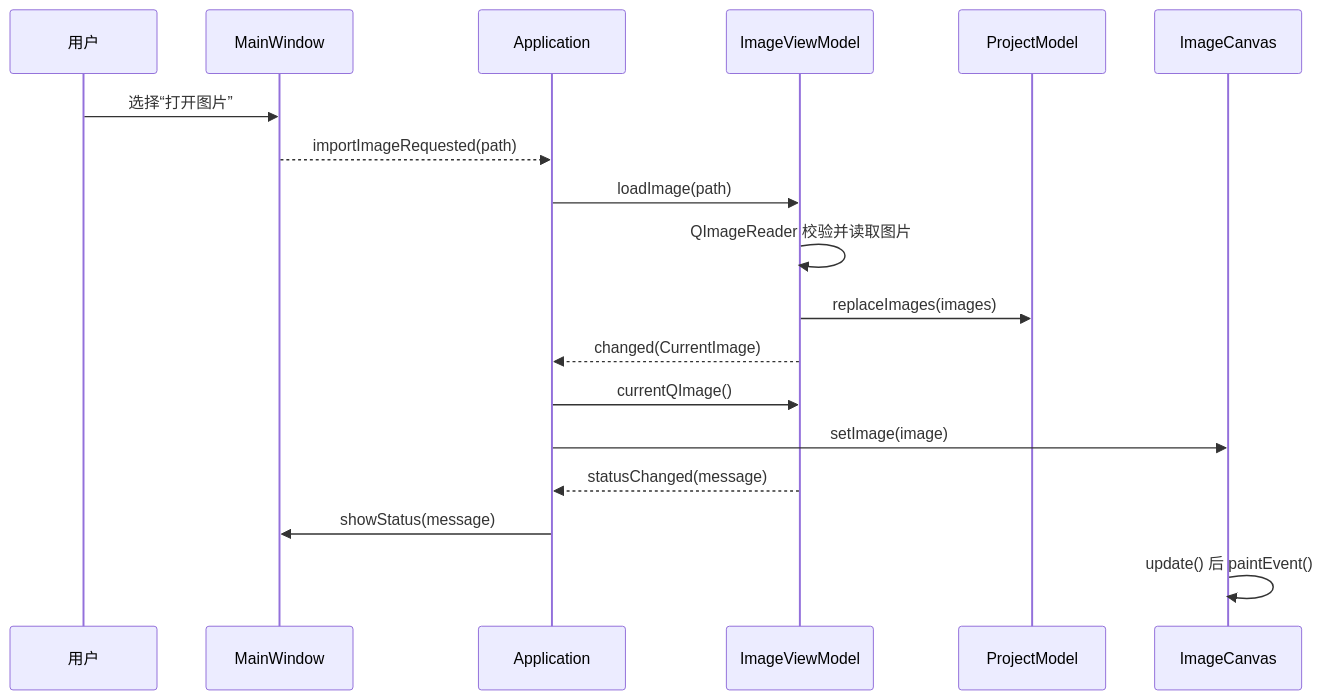
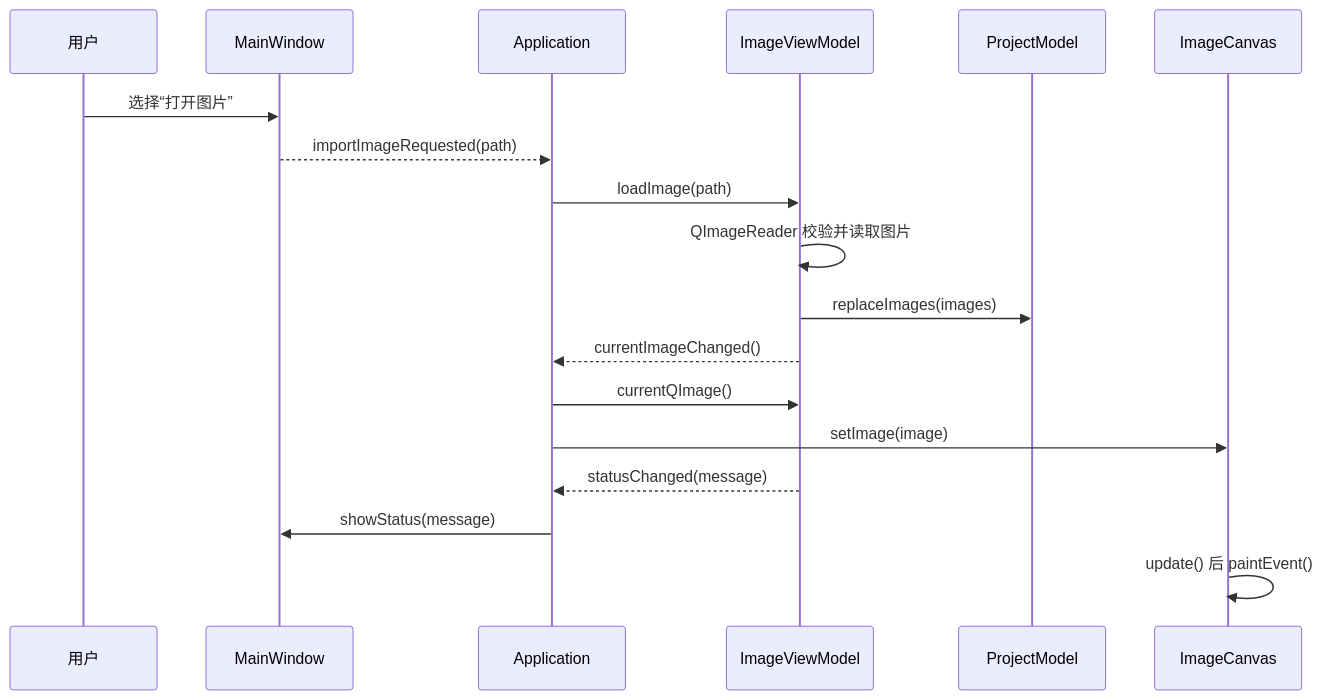
The second of 2 diagrams in docs/report/PixelTagger项目成果与总结.md (serein6174/PixelTagger), drawn with Mermaid before and after one commit. The commit also changed other lines of this file and 26 other files, not shown here.

````diff
--- a/docs/report/PixelTagger项目成果与总结.md
+++ b/docs/report/PixelTagger项目成果与总结.md
@@ -111,20 +111,20 @@
 ```mermaid
 sequenceDiagram
     participant User as 用户
     participant View as MainWindow
     participant App as Application
     participant VM as ImageViewModel
     participant Model as ProjectModel
     participant Canvas as ImageCanvas
     User->>View: 选择“打开图片”
     View-->>App: importImageRequested(path)
     App->>VM: loadImage(path)
     VM->>VM: QImageReader 校验并读取图片
     VM->>Model: replaceImages(images)
-    VM-->>App: changed(CurrentImage)
+    VM-->>App: currentImageChanged()
     App->>VM: currentQImage()
     App->>Canvas: setImage(image)
     VM-->>App: statusChanged(message)
     App->>View: showStatus(message)
     Canvas->>Canvas: update() 后 paintEvent()
 ```
````
